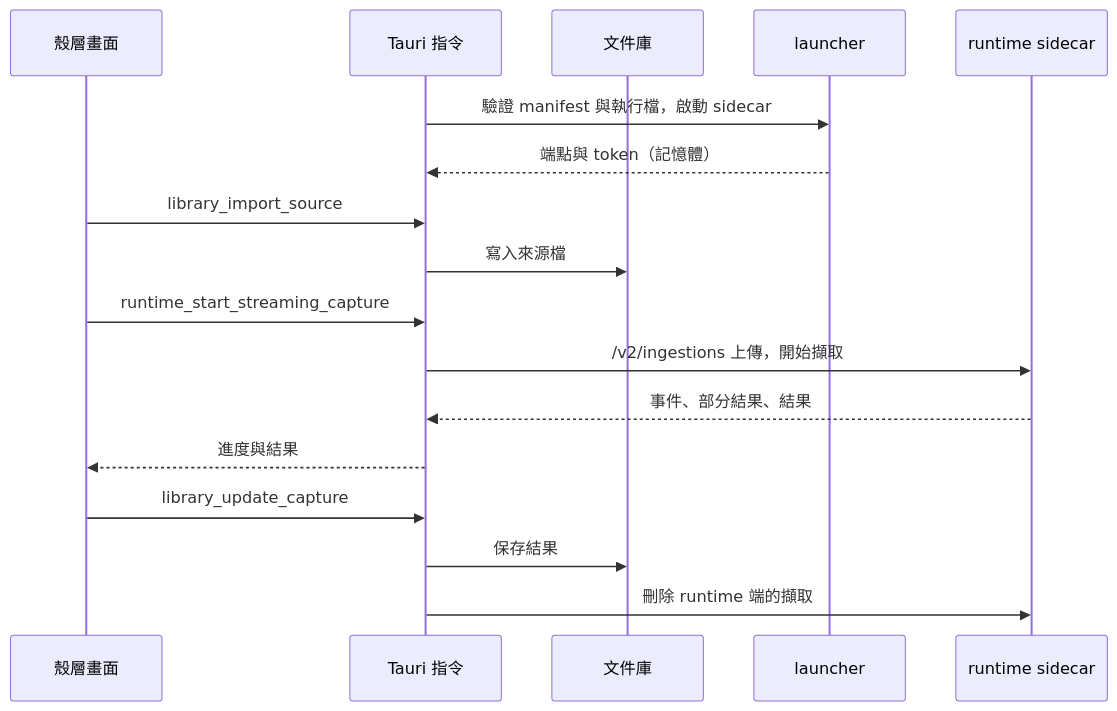
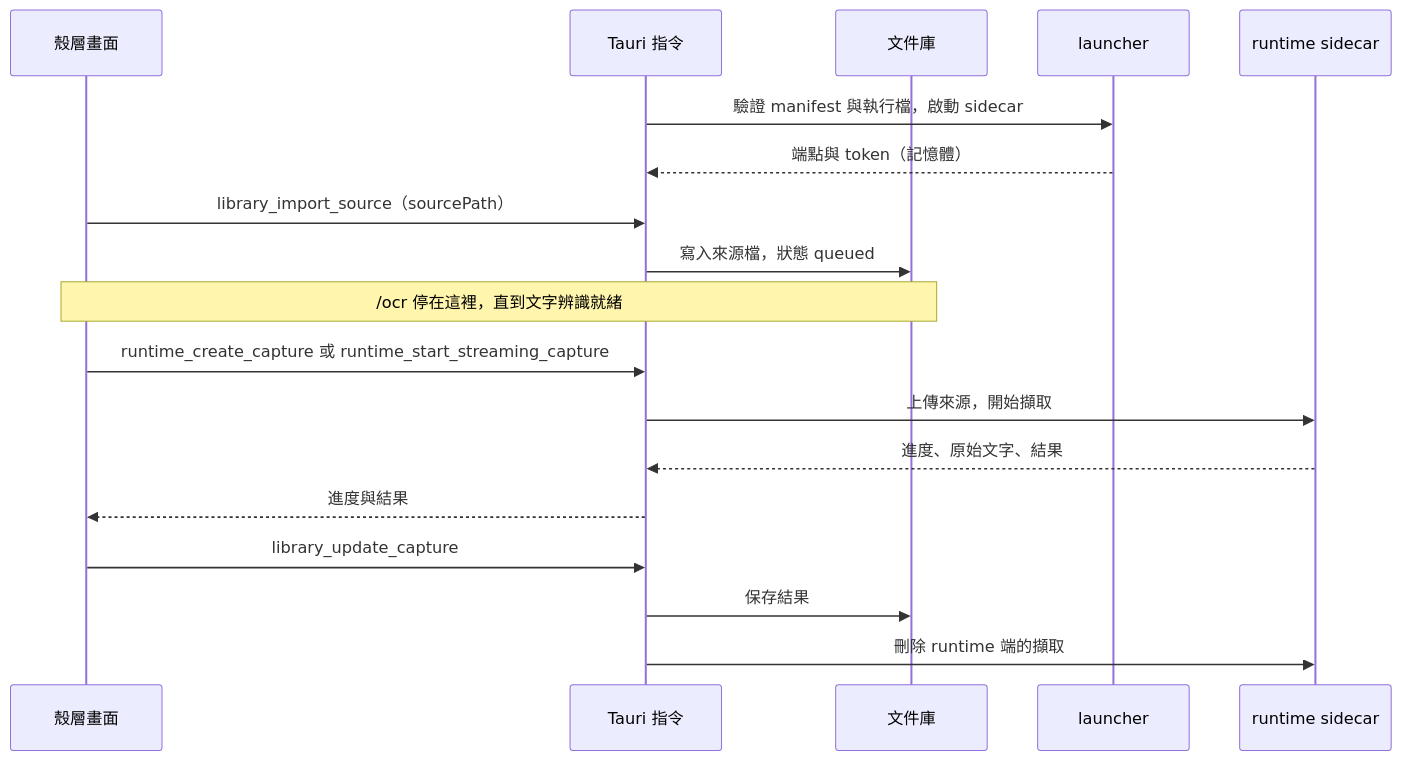
One commit to gx-capture/capture-workbench changed the second of 2 diagrams in docs/domain/host.md. Above: the diagram before and after it, drawn with Mermaid. The commit also changed other lines of this file and 25 other files, not shown here.

````diff
--- a/docs/domain/host.md
+++ b/docs/domain/host.md
@@ -54,19 +56,20 @@
 ```mermaid
 sequenceDiagram
   participant UI as 殼層畫面
   participant Tauri as Tauri 指令
   participant Lib as 文件庫
   participant L as launcher
   participant RT as runtime sidecar
   Tauri->>L: 驗證 manifest 與執行檔，啟動 sidecar
   L-->>Tauri: 端點與 token（記憶體）
-  UI->>Tauri: library_import_source
-  Tauri->>Lib: 寫入來源檔
-  UI->>Tauri: runtime_start_streaming_capture
-  Tauri->>RT: /v2/ingestions 上傳，開始擷取
-  RT-->>Tauri: 事件、部分結果、結果
+  UI->>Tauri: library_import_source（sourcePath）
+  Tauri->>Lib: 寫入來源檔，狀態 queued
+  Note over UI,Lib: /ocr 停在這裡，直到文字辨識就緒
+  UI->>Tauri: runtime_create_capture 或 runtime_start_streaming_capture
+  Tauri->>RT: 上傳來源，開始擷取
+  RT-->>Tauri: 進度、原始文字、結果
   Tauri-->>UI: 進度與結果
   UI->>Tauri: library_update_capture
   Tauri->>Lib: 保存結果
   Tauri->>RT: 刪除 runtime 端的擷取
 ```
````
